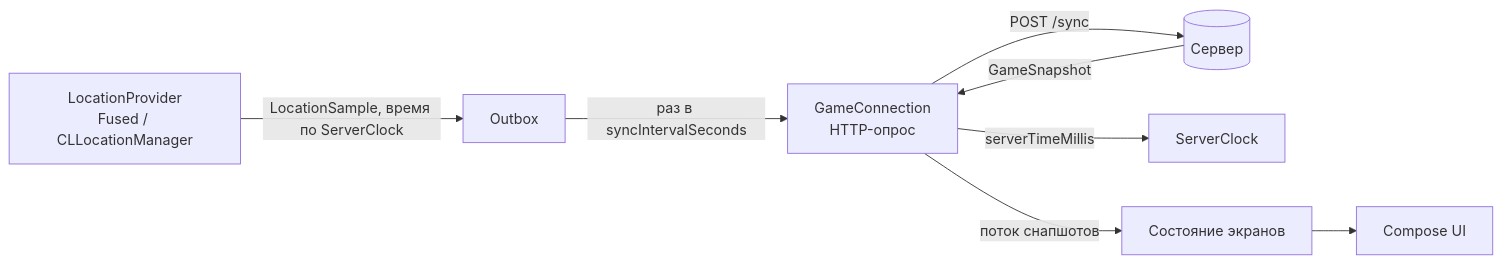
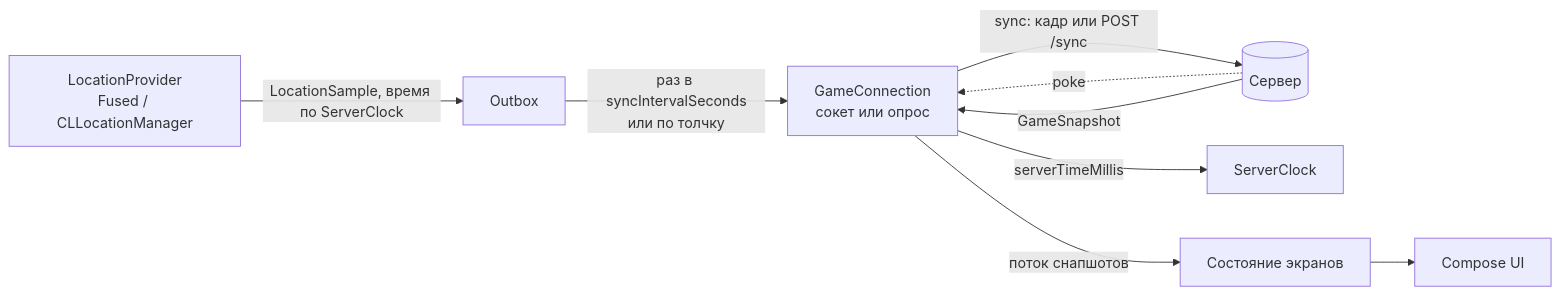
One commit to denysbohusevych/hovanki changed the third of 6 diagrams in docs/architecture.md. Above: the diagram before and after it, drawn with Mermaid. The commit also changed other lines of this file and 50 other files, not shown here.

````diff
--- a/docs/architecture.md
+++ b/docs/architecture.md
@@ -123,10 +123,11 @@
 ```mermaid
 flowchart LR
     LP["LocationProvider<br/>Fused / CLLocationManager"] -->|"LocationSample, время по ServerClock"| OB["Outbox"]
-    OB -->|"раз в syncIntervalSeconds"| GC["GameConnection<br/>HTTP-опрос"]
-    GC -->|"POST /sync"| SRV[("Сервер")]
+    OB -->|"раз в syncIntervalSeconds<br/>или по толчку"| GC["GameConnection<br/>сокет или опрос"]
+    GC -->|"sync: кадр или POST /sync"| SRV[("Сервер")]
+    SRV -.->|"poke"| GC
     SRV -->|"GameSnapshot"| GC
     GC -->|"serverTimeMillis"| CLK["ServerClock"]
     GC -->|"поток снапшотов"| VM["Состояние экранов"]
     VM --> UI["Compose UI"]
 ```
````
